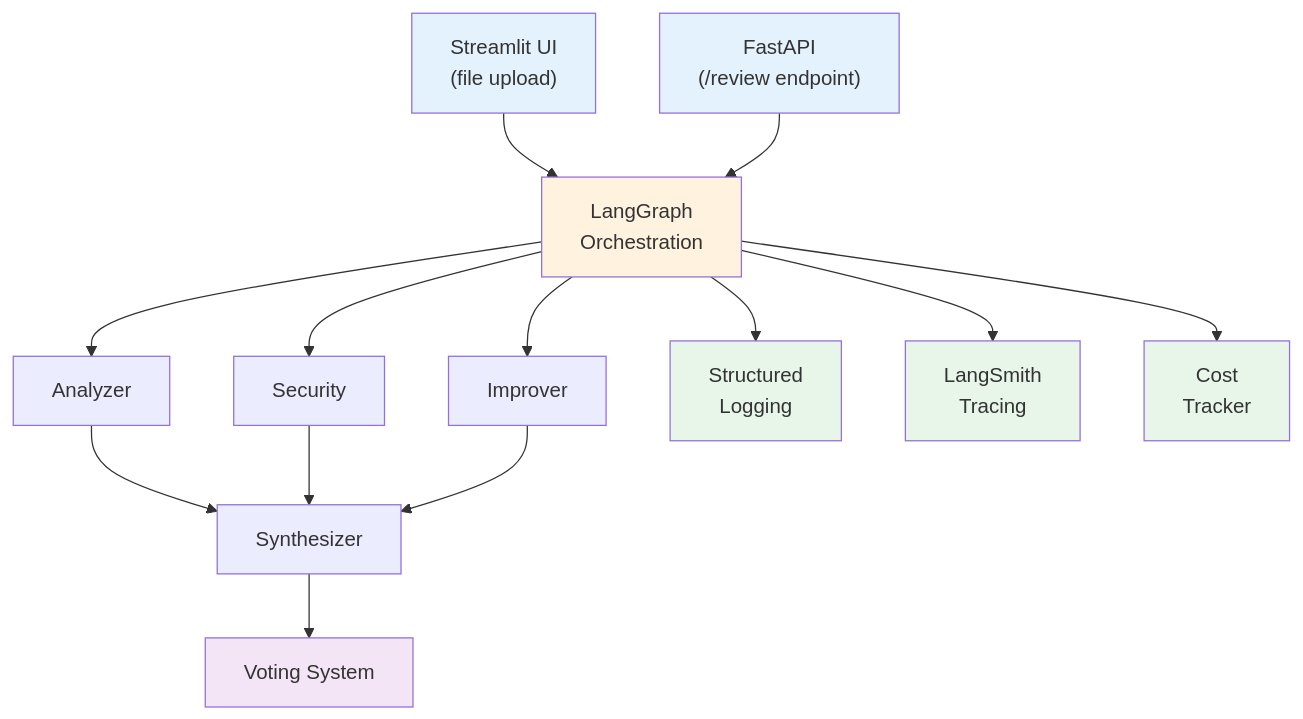
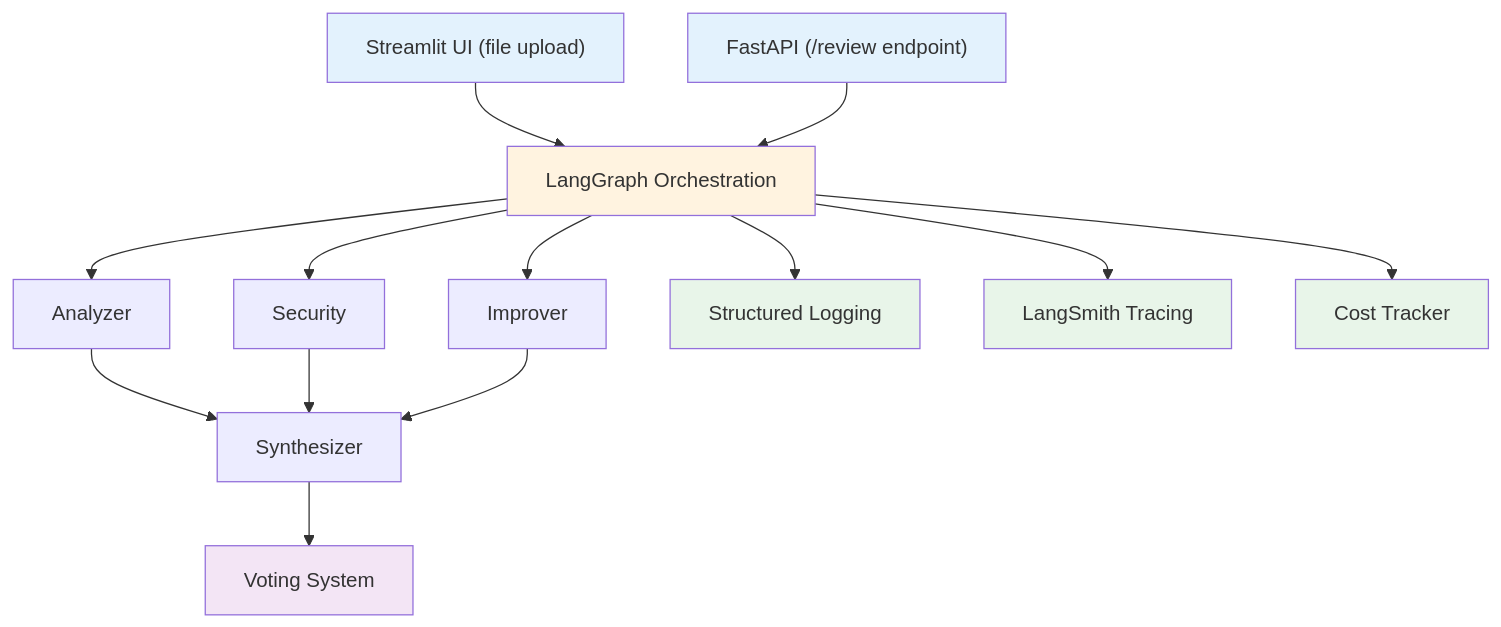
Before and after one commit to arctyra-ai/agentic-samples: the eighth of 9 diagrams in ARCHITECTURE_DIAGRAMS.md, drawn with Mermaid. The commit also changed other lines of this file, not shown here.

Commit message:
Update architecture diagrams formatting

````diff
--- a/ARCHITECTURE_DIAGRAMS.md
+++ b/ARCHITECTURE_DIAGRAMS.md
@@ -220,35 +220,35 @@
 ```mermaid
 graph TB
-    UI["Streamlit UI\n(file upload)"]
-    API["FastAPI\n(/review endpoint)"]
-    Graph["LangGraph\nOrchestration"]
+    UI["Streamlit UI (file upload)"]
+    API["FastAPI (/review endpoint)"]
+    Graph["LangGraph Orchestration"]
     A1["Analyzer"]
     A2["Security"]
     A3["Improver"]
     Synth["Synthesizer"]
     Vote["Voting System"]
-    Log["Structured\nLogging"]
-    Trace["LangSmith\nTracing"]
-    Cost["Cost\nTracker"]
+    Log["Structured Logging"]
+    Trace["LangSmith Tracing"]
+    Cost["Cost Tracker"]
 
     UI --> Graph
     API --> Graph
     Graph --> A1
     Graph --> A2
     Graph --> A3
     A1 --> Synth
     A2 --> Synth
     A3 --> Synth
     Synth --> Vote
     Graph --> Log
     Graph --> Trace
     Graph --> Cost
 
     style UI fill:#e3f2fd
     style API fill:#e3f2fd
     style Graph fill:#fff3e0
     style Vote fill:#f3e5f5
     style Log fill:#e8f5e9
     style Trace fill:#e8f5e9
     style Cost fill:#e8f5e9
 ```
````
